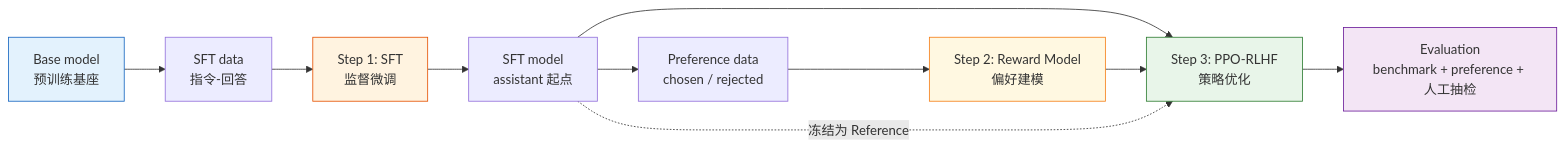
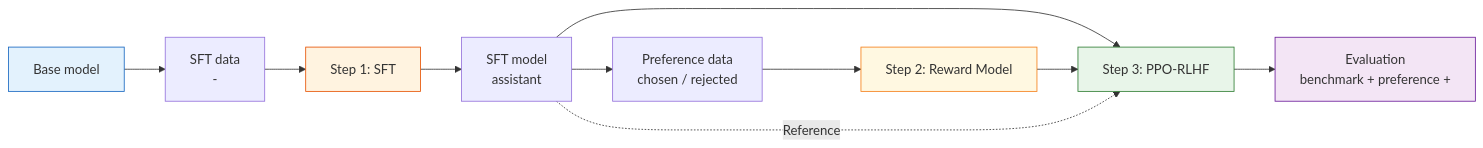
One commit to letslego/hands-on-modern-rl changed the diagram in docs/chapter08_rlhf/standard-rlhf-pipeline.md. Above: the diagram before and after it, drawn with Mermaid. The commit also changed other lines of this file and 267 other files, not shown here.

````diff
--- a/docs/chapter08_rlhf/standard-rlhf-pipeline.md
+++ b/docs/chapter08_rlhf/standard-rlhf-pipeline.md
@@ -36,18 +36,18 @@
 ```mermaid
 flowchart LR
-    Base["Base model\n预训练基座"] --> SFTData["SFT data\n指令-回答"]
-    SFTData --> SFT["Step 1: SFT\n监督微调"]
-    SFT --> SFTModel["SFT model\nassistant 起点"]
+    Base["Base model\n"] --> SFTData["SFT data\n-"]
+    SFTData --> SFT["Step 1: SFT\n"]
+    SFT --> SFTModel["SFT model\nassistant "]
     SFTModel --> PrefData["Preference data\nchosen / rejected"]
-    PrefData --> RM["Step 2: Reward Model\n偏好建模"]
-    SFTModel --> PPO["Step 3: PPO-RLHF\n策略优化"]
+    PrefData --> RM["Step 2: Reward Model\n"]
+    SFTModel --> PPO["Step 3: PPO-RLHF\n"]
     RM --> PPO
-    SFTModel -.->|"冻结为 Reference"| PPO
-    PPO --> Eval["Evaluation\nbenchmark + preference + 人工抽检"]
+    SFTModel -.->|" Reference"| PPO
+    PPO --> Eval["Evaluation\nbenchmark + preference + "]
 
     style Base fill:#e3f2fd,stroke:#1565c0
     style SFT fill:#fff3e0,stroke:#e65100
     style RM fill:#fff8e1,stroke:#f57f17
     style PPO fill:#e8f5e9,stroke:#2e7d32
     style Eval fill:#f3e5f5,stroke:#6a1b9a
 ```
````
